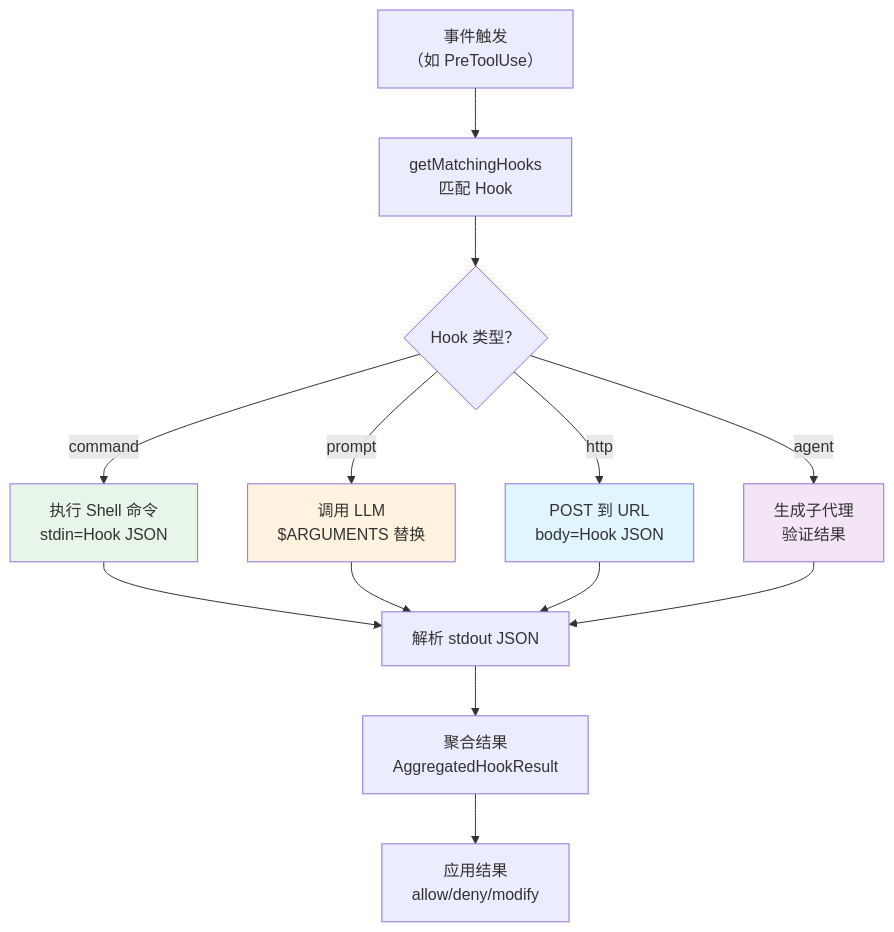
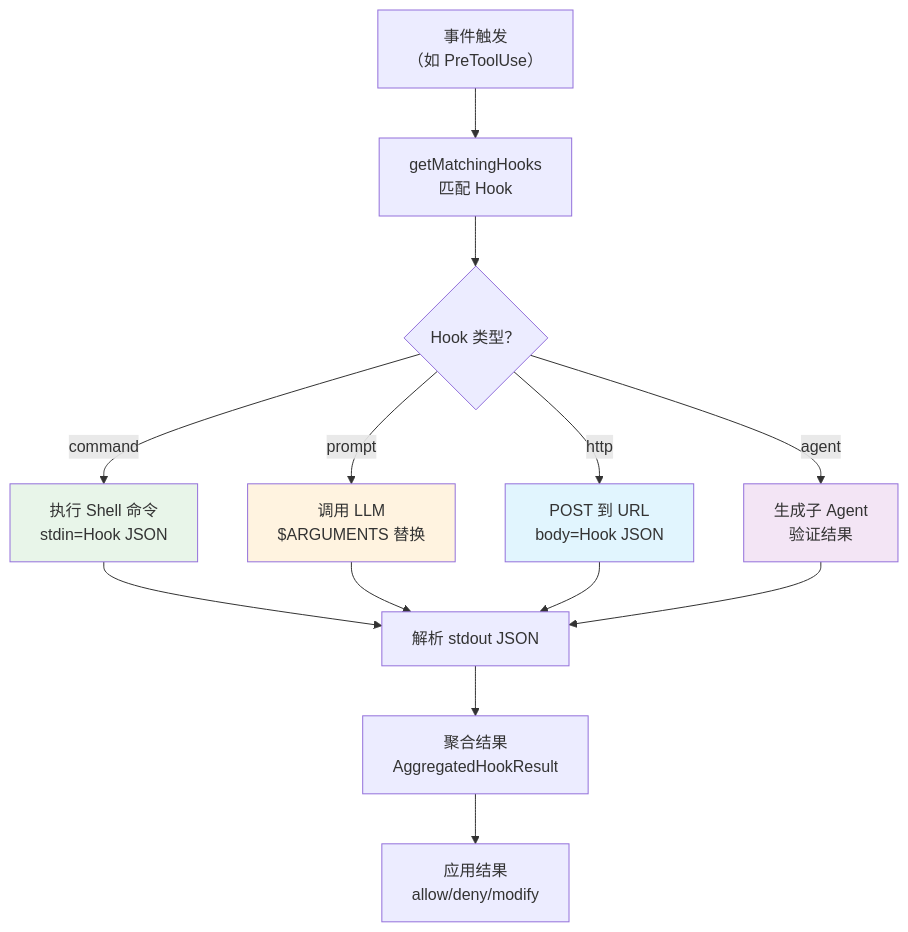
One commit to nadav-cheung/claudeai changed the second of 2 diagrams in teaching/book/卷二-引擎室的秘密/第24章-Hook系统.md. Above: the diagram before and after it, drawn with Mermaid. The commit also changed other lines of this file and 5 other files, not shown here.

````diff
--- a/teaching/book/卷二-引擎室的秘密/第24章-Hook系统.md
+++ b/teaching/book/卷二-引擎室的秘密/第24章-Hook系统.md
@@ -281,20 +281,20 @@
 ```mermaid
 graph TD
     EVENT["事件触发<br/>（如 PreToolUse）"] --> MATCH["getMatchingHooks<br/>匹配 Hook"]
     MATCH --> TYPE{"Hook 类型？"}
     TYPE -->|"command"| SHELL["执行 Shell 命令<br/>stdin=Hook JSON"]
     TYPE -->|"prompt"| LLM["调用 LLM<br/>$ARGUMENTS 替换"]
     TYPE -->|"http"| HTTP["POST 到 URL<br/>body=Hook JSON"]
-    TYPE -->|"agent"| AGENT["生成子代理<br/>验证结果"]
+    TYPE -->|"agent"| AGENT["生成子 Agent<br/>验证结果"]
     SHELL --> PARSE["解析 stdout JSON"]
     LLM --> PARSE
     HTTP --> PARSE
     AGENT --> PARSE
     PARSE --> RESULT["聚合结果<br/>AggregatedHookResult"]
     RESULT --> APPLY["应用结果<br/>allow/deny/modify"]
 
     style SHELL fill:#e8f5e9
     style LLM fill:#fff3e0
     style HTTP fill:#e1f5fe
     style AGENT fill:#f3e5f5
 ```
````
